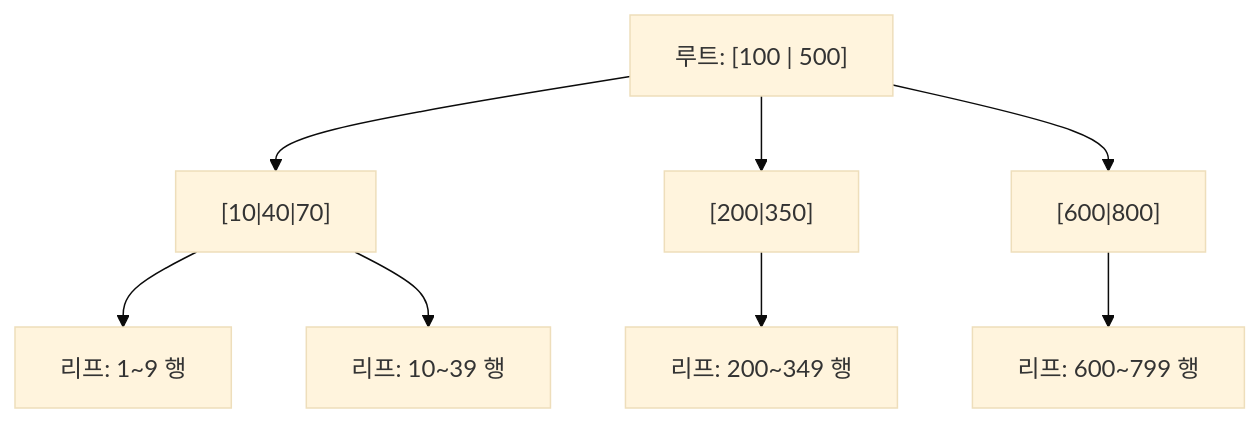
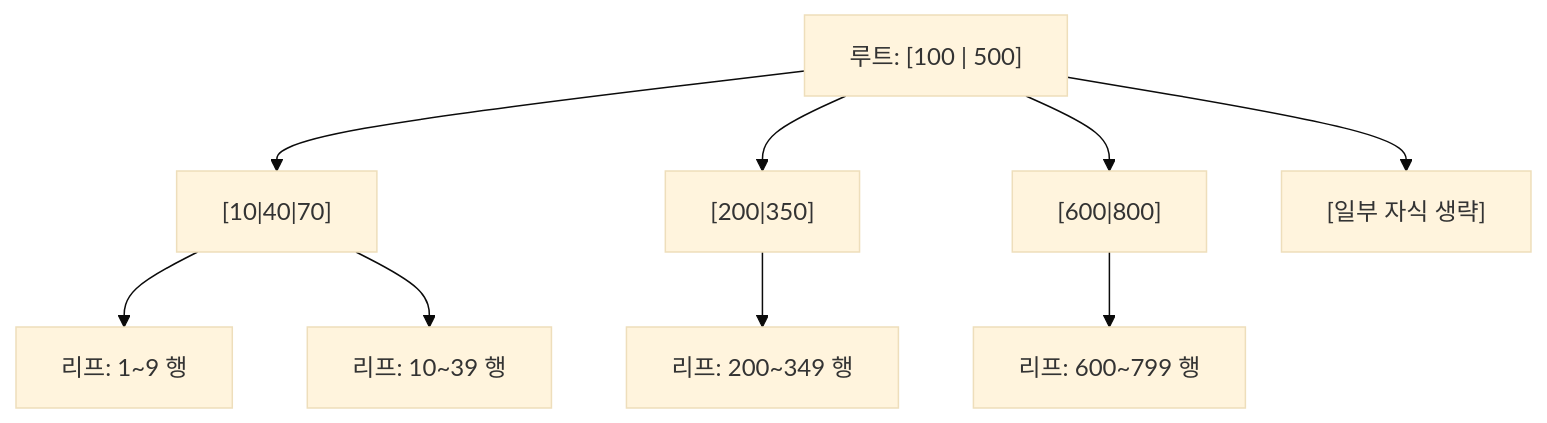
The fourth of 7 diagrams in db/part01_storage_transactions.md (Rein-ArXiv/game-dev-curriculum), drawn with Mermaid (base theme) before and after one commit. The commit also changed other lines of this file and 279 other files, not shown here.

````diff
--- a/db/part01_storage_transactions.md
+++ b/db/part01_storage_transactions.md
@@ -215,10 +221,11 @@
 ```mermaid
 flowchart TD
     R["루트: [100 | 500]"] --> A["[10|40|70]"]
     R --> B["[200|350]"]
     R --> C["[600|800]"]
+    R --> E["[일부 자식 생략]"]
     A --> L1[리프: 1~9 행]
     A --> L2[리프: 10~39 행]
     B --> L3[리프: 200~349 행]
     C --> L4[리프: 600~799 행]
 ```
````
